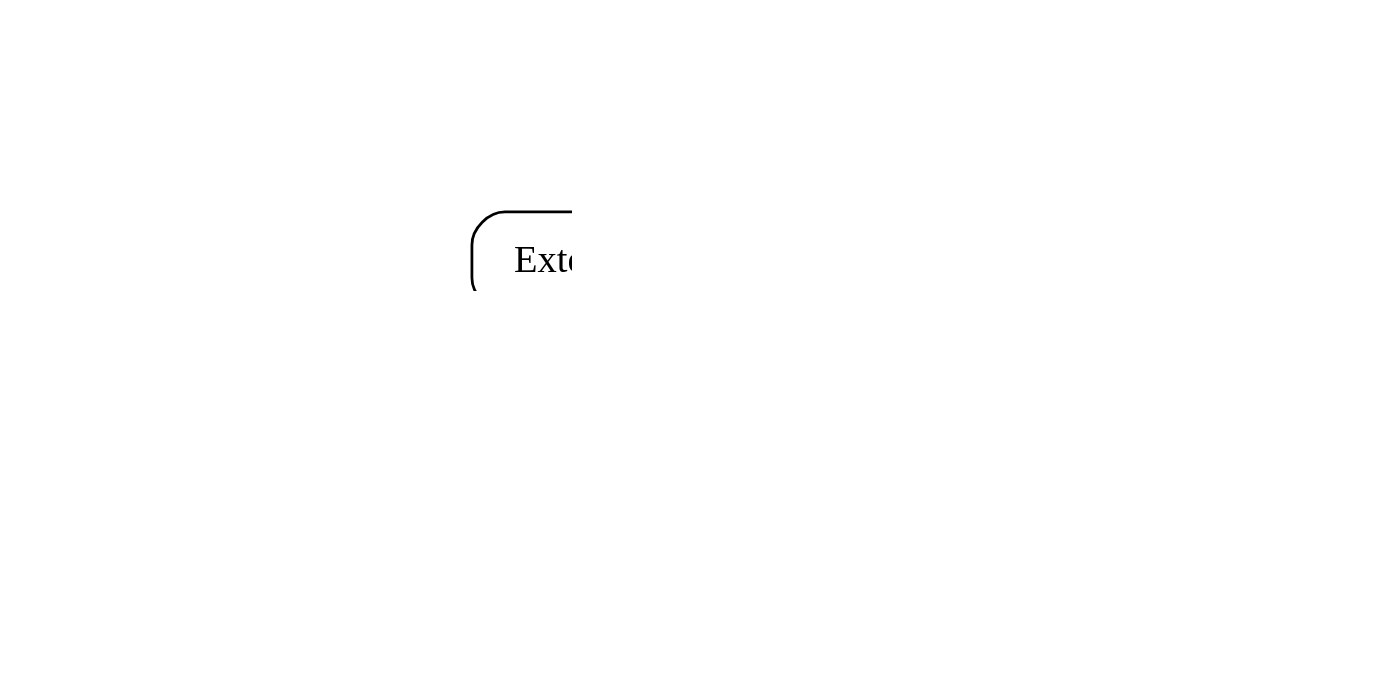
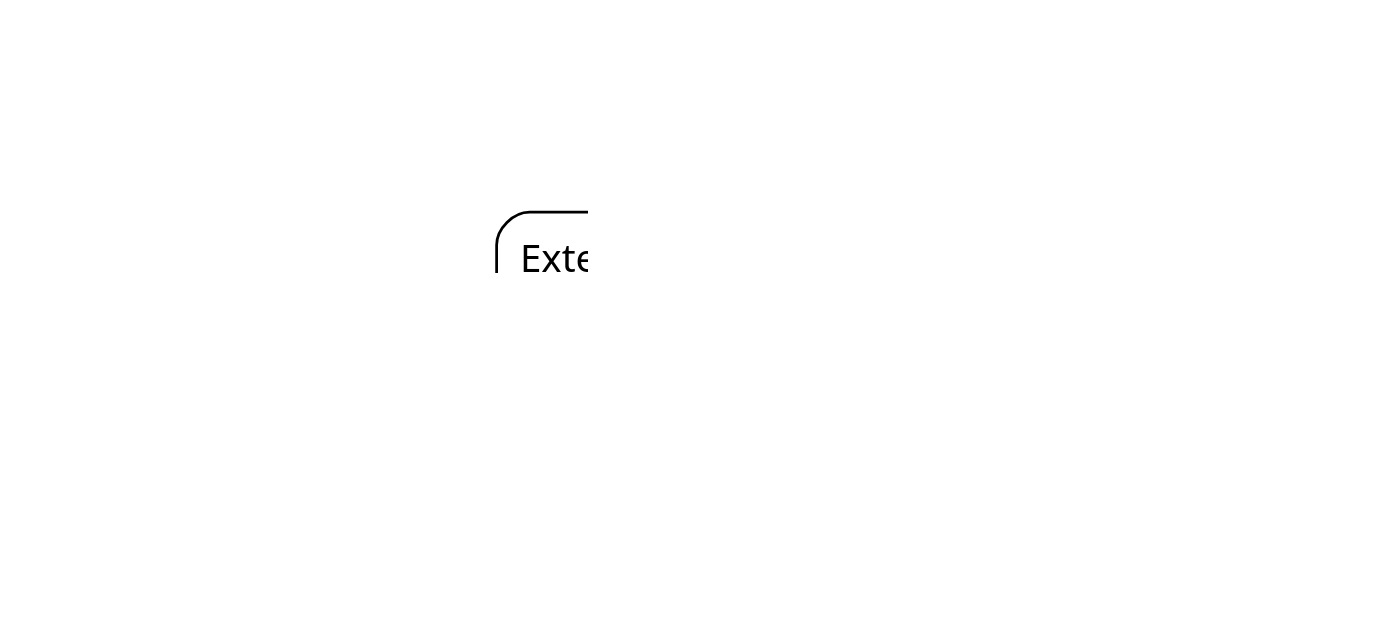
Before and after one commit to inponomarev/dsl-talk: the tenth of 14 diagrams in slides/src/main/asciidoc/lecture.adoc, drawn with Graphviz. The commit also changed other lines of this file and 2 other files, not shown here.

```diff
--- a/slides/src/main/asciidoc/lecture.adoc
+++ b/slides/src/main/asciidoc/lecture.adoc
@@ -248,29 +500,57 @@
 [graphviz]
 ----
 digraph G {
 
-graph [ dpi = 180 ];
-node[shape="block",style="rounded,filled", fillcolor="#ffffff"]
+graph [ fontname="Sans"; dpi = 180 ];
+node[fontname="Sans",shape="block",style="rounded,filled", fillcolor="#ffffff"]
 DSLs;
 DSLs->External;
 DSLs->Internal[];
 External->A[];
 External->B[];
 Internal[];
 Internal->C[];
 Internal->D[]
-A[label="Designed\nfrom scratch", fillcolor="#ff6666"];
-B[label="Based\non JSON/YAML/XML", fillcolor="#d1c85c"];
-C[label="Dynamically\ntyped", fillcolor="#ffb266"];
-D[label="Statically\ntyped", fillcolor="#a2d149"];
-A->1[style=invis];
-B->3[style=invis];
-C->2[style=invis];
-D->4[style=invis];
+A[label="Designed\nfrom scratch"];
+B[label="Based\non JSON/YAML/XML"];
+C[label="Dynamically\ntyped"];
+D[label="Statically\ntyped"];
 
-1[shape=circle];
-2[shape=circle];
-3[shape=circle];
-4[shape=circle];
+subgraph cluster_0 {
+A; 
+
+style="filled"
+color="#ff6666"
+label="\nNo support"
+labelloc="b"
+}
+
+subgraph cluster_1 {
+B; 
+
+style="invis"
+color="#d1c85c"
+label="Partial support\n(schema-based)"
+labelloc="b"
+}
+
+subgraph cluster_2 {
+C; 
+
+style="invis"
+color="#ffb266"
+label="Rudimentary\nsupport"
+labelloc="b"
+}
+
+subgraph cluster_3 {
+D; 
+
+style="invis"
+color="#a2d149"
+label="\nFull support"
+labelloc="b"
+}
+
 }
 ----
```
